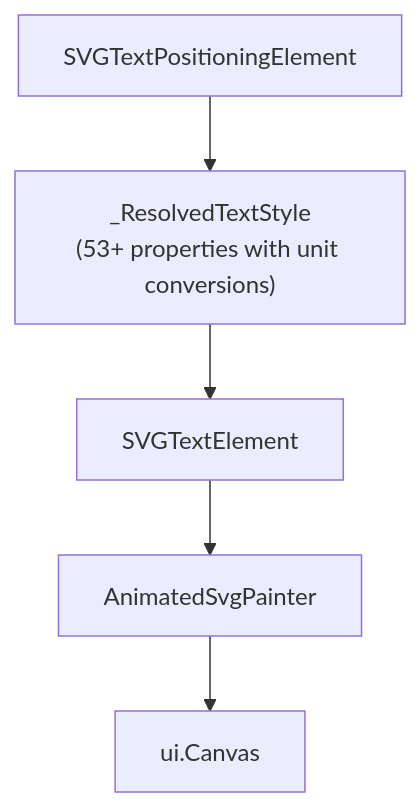
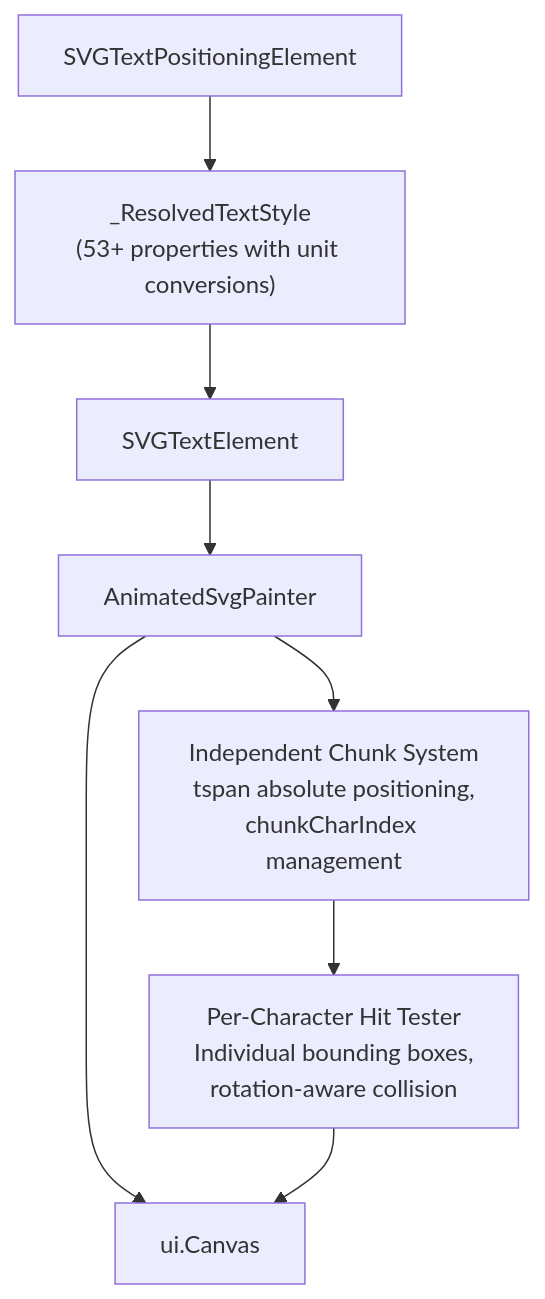
Before and after one commit to denisnadey/flutter_full_svg_support: the sixth of 6 diagrams in .qoder/repowiki/en/content/Animated SVG Support/Text Positioning Attributes.md, drawn with Mermaid. The commit also changed other lines of this file and 40 other files, not shown here.

````diff
--- a/.qoder/repowiki/en/content/Animated SVG Support/Text Positioning Attributes.md
+++ b/.qoder/repowiki/en/content/Animated SVG Support/Text Positioning Attributes.md
@@ -442,7 +532,10 @@
 ```mermaid
 graph TB
 SVGTextPositioningElement["SVGTextPositioningElement"] --> CSSResolver["_ResolvedTextStyle<br/>(53+ properties with unit conversions)"]
 CSSResolver --> SVGTextElement["SVGTextElement"]
 SVGTextElement --> AnimatedSvgPainter["AnimatedSvgPainter"]
+AnimatedSvgPainter --> ChunkSystem["Independent Chunk System<br/>tspan absolute positioning,<br/>chunkCharIndex management"]
+ChunkSystem --> HitTester["Per-Character Hit Tester<br/>Individual bounding boxes,<br/>rotation-aware collision"]
 AnimatedSvgPainter --> Canvas["ui.Canvas"]
+HitTester --> Canvas
 ```
````
